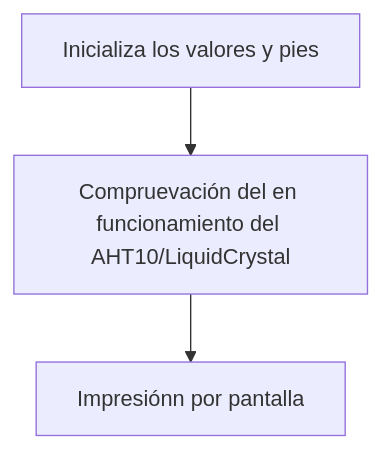
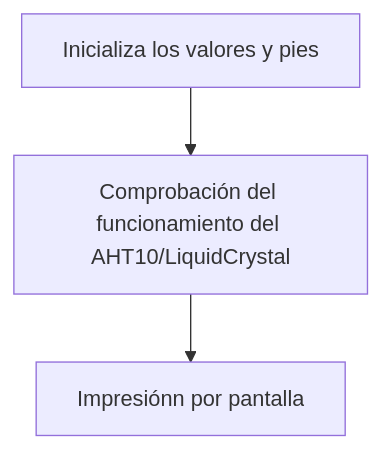
Before and after one commit to didac89/PD_P5: the first of 2 diagrams in README.md, drawn with Mermaid. The commit also changed other lines of this file, not shown here.

`````diff
--- a/README.md
+++ b/README.md
@@ -124,7 +104,7 @@
 ```mermaid
 
 flowchart TD;
-    A[Inicializa los valores y pies] -->B[Compruevación del en funcionamiento del AHT10/LiquidCrystal ];    
+    A[Inicializa los valores y pies] -->B[Comprobación del funcionamiento del AHT10/LiquidCrystal ];    
     B-->G[Impresiónn por pantalla ];
 
-````
+```
`````
